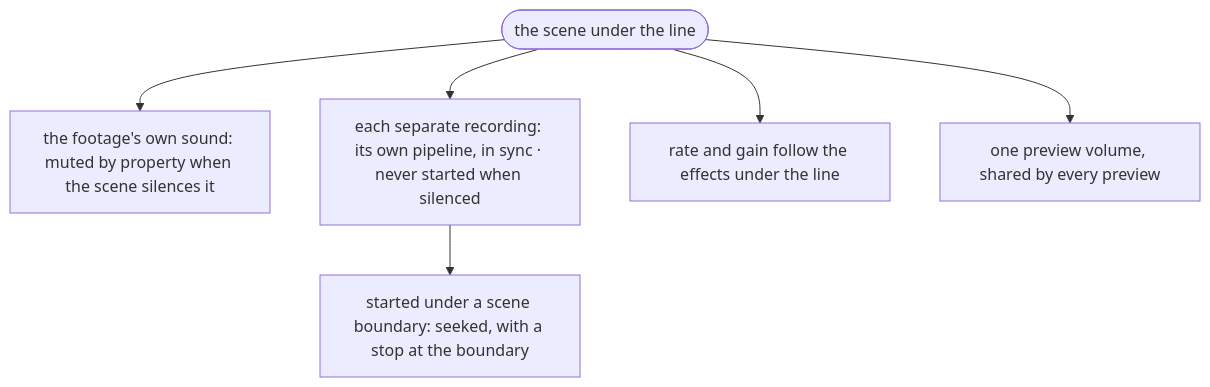
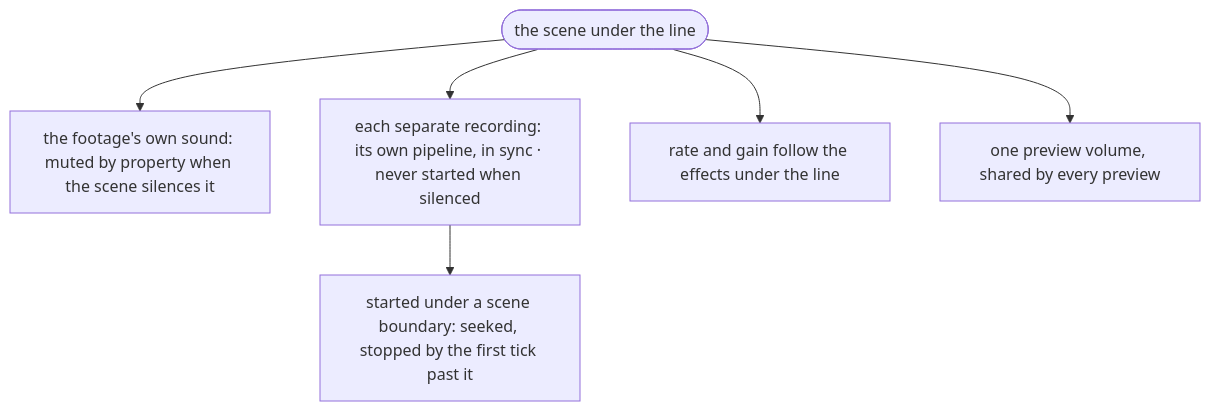
The fifth of 13 diagrams in spec/05-cut.md (tbocek/naivepost), drawn with Mermaid before and after one commit. The commit also changed other lines of this file and 19 other files, not shown here.

````diff
--- a/spec/05-cut.md
+++ b/spec/05-cut.md
@@ -146,11 +146,11 @@
 ```mermaid
 flowchart TD
   S(["the scene under the line"]) --> FO["the footage's own sound: muted by property when the scene silences it"]
   S --> LA["each separate recording: its own pipeline, in sync · never started when silenced"]
-  LA --> B["started under a scene boundary: seeked, with a stop at the boundary"]
+  LA --> B["started under a scene boundary: seeked, stopped by the first tick past it"]
   S --> FX["rate and gain follow the effects under the line"]
   S --> VOL["one preview volume, shared by every preview"]
   classDef refuse fill:#fde2e1,stroke:#c01c28,color:#1a1a1a
   classDef done fill:#e3f1e6,stroke:#2e7d32,color:#1a1a1a
   classDef ask fill:#e8eefc,stroke:#3a63c8,color:#1a1a1a
 ```
````
